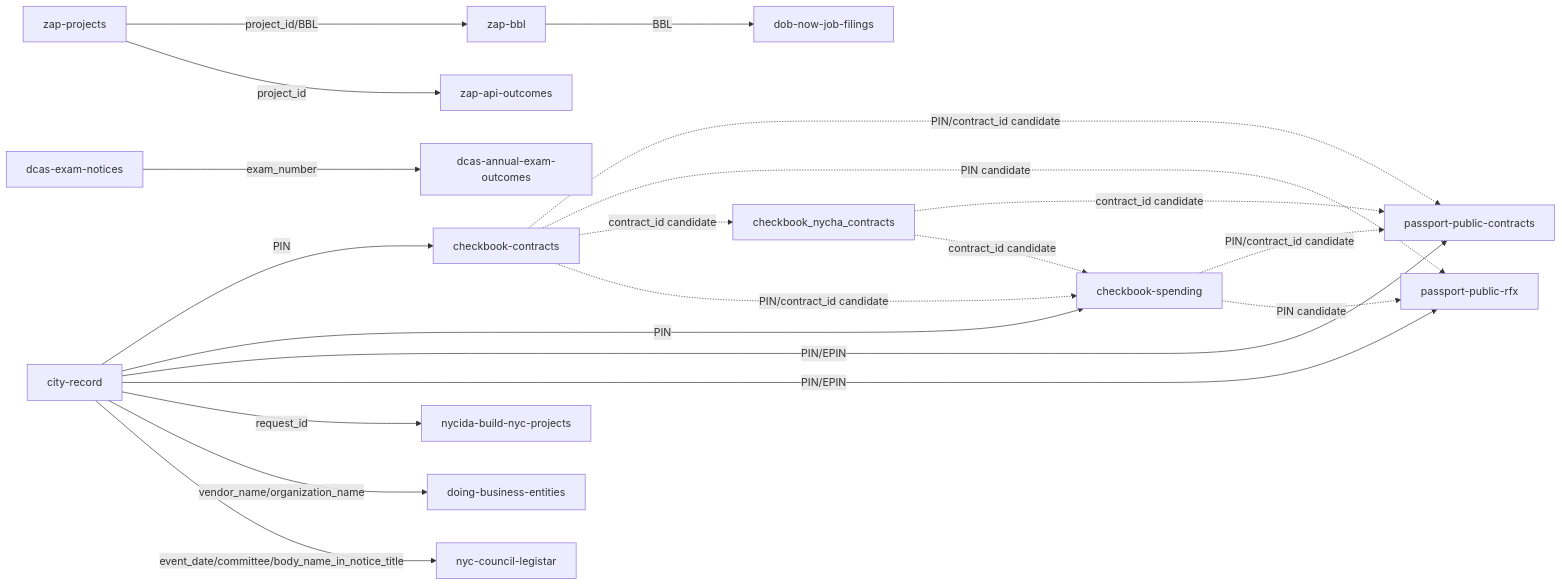
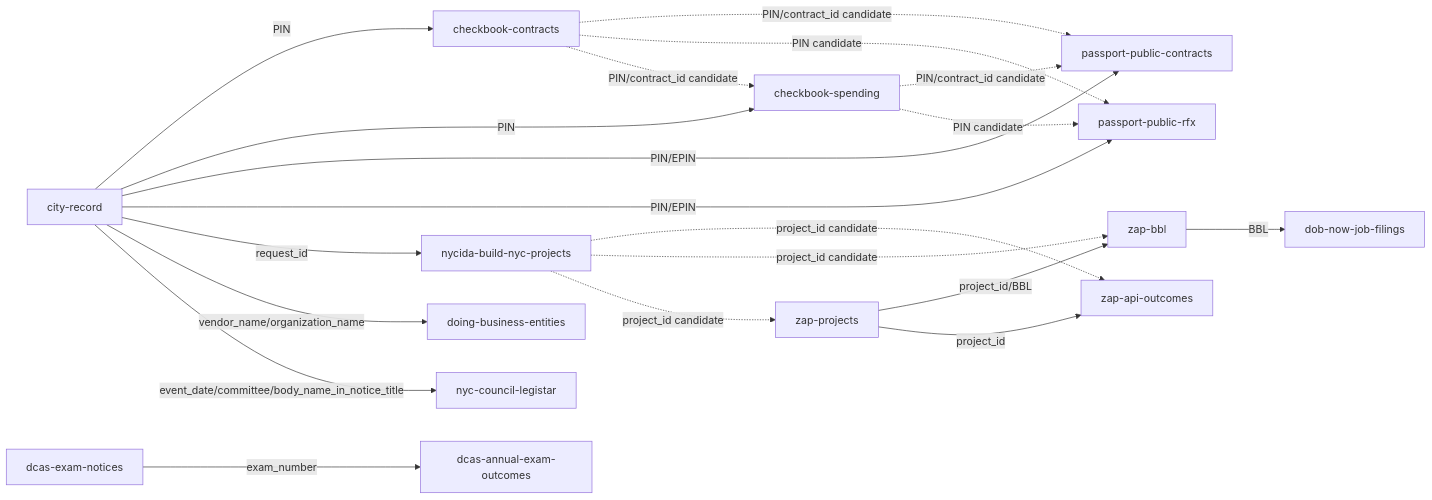
The diagram in docs/gap-taxonomy.md (cityscroll/cityscroll-app), drawn with Mermaid before and after one commit. The commit also changed other lines of this file and 15 other files, not shown here.

````diff
--- a/docs/gap-taxonomy.md
+++ b/docs/gap-taxonomy.md
@@ -124,22 +124,22 @@
 ```mermaid
 graph LR
   city_record[city-record] -->|PIN| checkbook_contracts[checkbook-contracts]
   city_record[city-record] -->|PIN| checkbook_spending[checkbook-spending]
   city_record[city-record] -->|PIN/EPIN| passport_public_contracts[passport-public-contracts]
   city_record[city-record] -->|PIN/EPIN| passport_public_rfx[passport-public-rfx]
   city_record[city-record] -->|request_id| nycida_build_nyc_projects[nycida-build-nyc-projects]
   city_record[city-record] -->|vendor_name/organization_name| doing_business_entities[doing-business-entities]
   city_record[city-record] -->|event_date/committee/body_name_in_notice_title| nyc_council_legistar[nyc-council-legistar]
   dcas_exam_notices[dcas-exam-notices] -->|exam_number| dcas_annual_exam_outcomes[dcas-annual-exam-outcomes]
   zap_bbl[zap-bbl] -->|BBL| dob_now_job_filings[dob-now-job-filings]
   zap_projects[zap-projects] -->|project_id/BBL| zap_bbl[zap-bbl]
   zap_projects[zap-projects] -->|project_id| zap_api_outcomes[zap-api-outcomes]
   checkbook_contracts-.->|PIN/contract_id candidate| passport_public_contracts
   checkbook_contracts-.->|PIN candidate| passport_public_rfx
-  checkbook_nycha_contracts-.->|contract_id candidate| passport_public_contracts
   checkbook_spending-.->|PIN/contract_id candidate| passport_public_contracts
   checkbook_spending-.->|PIN candidate| passport_public_rfx
-  checkbook_contracts-.->|contract_id candidate| checkbook_nycha_contracts
   checkbook_contracts-.->|PIN/contract_id candidate| checkbook_spending
-  checkbook_nycha_contracts-.->|contract_id candidate| checkbook_spending
+  nycida_build_nyc_projects-.->|project_id candidate| zap_api_outcomes
+  nycida_build_nyc_projects-.->|project_id candidate| zap_bbl
+  nycida_build_nyc_projects-.->|project_id candidate| zap_projects
 ```
````
